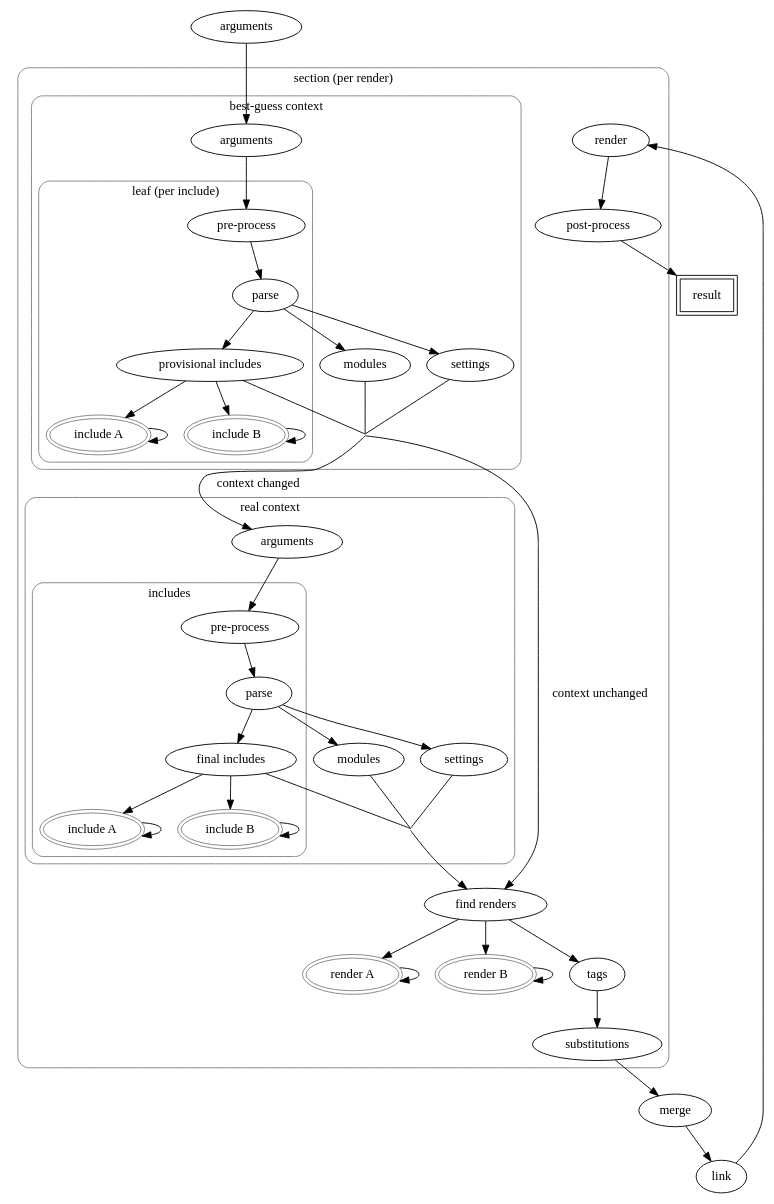
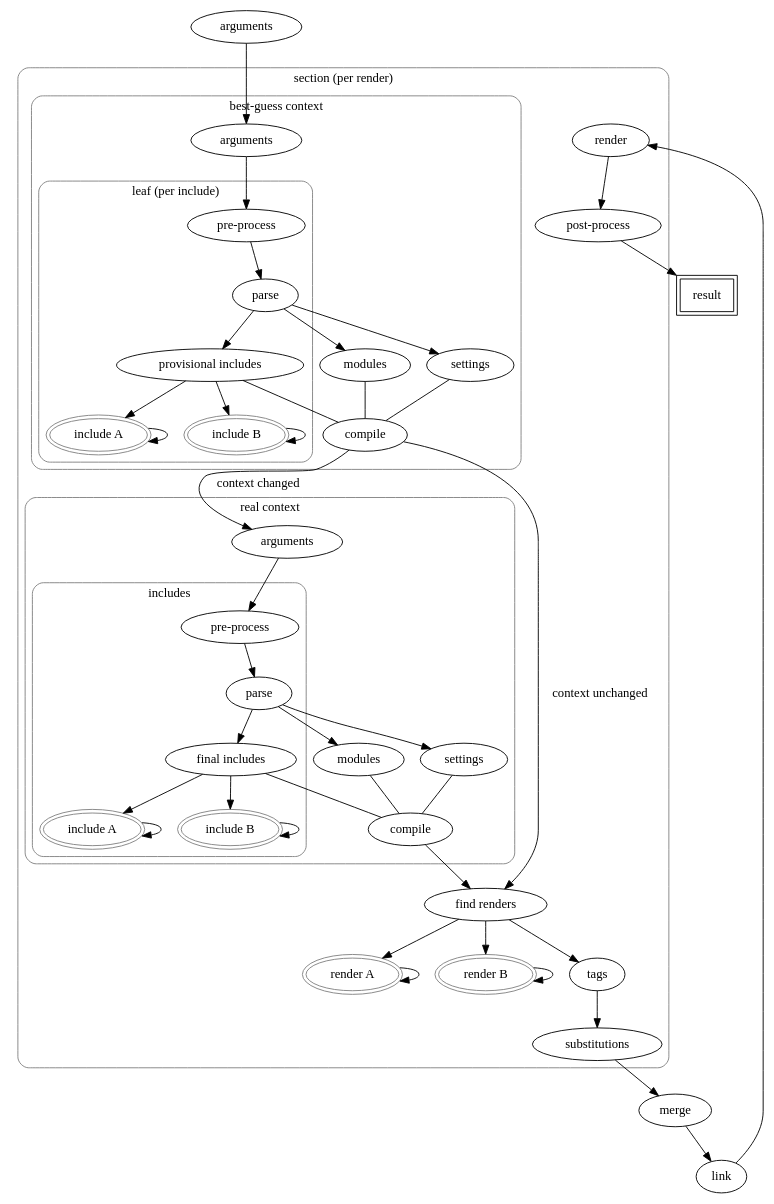
The diagram in doc/compile.rst (mverleg/notex_core), drawn with Graphviz before and after one commit. The commit also changed 11 other files, not shown here.

```diff
--- a/doc/compile.rst
+++ b/doc/compile.rst
@@ -10,81 +10,81 @@
 .. graphviz::
 
 	digraph compile {
 		subgraph cluster_per_render {
             label="section (per render)"
             graph[style=rounded,color=gray]
             subgraph cluster_provisional {
                 label="best-guess context"
                 graph[style="rounded",color="gray"]
                 "provisional arguments" [label="arguments"]
                 "provisional pre-process" [label="pre-process"]
                 "provisional parse" [label="parse"]
                 "provisional modules" [label="modules"]
                 "provisional settings" [label="settings"]
                 subgraph cluster_include_provisional {
                     label="leaf (per include)"
                     graph[style="rounded",color="gray"]
                     "provisional pre-process" -> "provisional parse" -> "provisional includes"
                     "provisional include A" [label="include A",peripheries=2,color=gray]
                     "provisional include B" [label="include B",peripheries=2,color=gray]
                     "provisional include A" -> "provisional include A" [arrowname=crow]
                     "provisional include B" -> "provisional include B" [arrowname=crow]
                     "provisional includes" -> "provisional include A" [arrowname=crow]
                     "provisional includes" -> "provisional include B" [arrowname=crow]
                 }
                 "provisional arguments" -> "provisional pre-process"
                 "provisional parse" -> "provisional modules"
                 "provisional parse" -> "provisional settings"
-                "provisional out" [style=invis,height=0,label=""]
-                "provisional includes" -> "provisional out" [dir=none]
-                "provisional modules"  -> "provisional out" [dir=none]
-                "provisional settings" -> "provisional out" [dir=none]
+                "provisional compile" [label="compile"]
+                "provisional includes" -> "provisional compile" [dir=none]
+                "provisional modules"  -> "provisional compile" [dir=none]
+                "provisional settings" -> "provisional compile" [dir=none]
             }
             subgraph cluster_final {
                 label="real context"
                 graph[style="rounded",color="gray"]
                 "final arguments" [label="arguments"]
                 "final pre-process" [label="pre-process"]
                 "final parse" [label="parse"]
                 "final modules" [label="modules"]
                 "final settings" [label="settings"]
                 subgraph cluster_include_final {
                     label="includes"
                     graph[style="rounded",color="gray"]
                     "final pre-process" -> "final parse" -> "final includes"
                     "final include A" [label="include A",peripheries=2,color=gray]
                     "final include B" [label="include B",peripheries=2,color=gray]
                     "final include A" -> "final include A" [arrowname=crow]
                     "final include B" -> "final include B" [arrowname=crow]
                     "final includes" -> "final include A" [arrowname=crow]
                     "final includes" -> "final include B" [arrowname=crow]
                 }
                 "final arguments" -> "final pre-process"
                 "final parse" -> "final modules"
                 "final parse" -> "final settings"
-                "final out" [style=invis,height=0,label=""]
-                "final includes" -> "final out" [dir=none]
-                "final modules"  -> "final out" [dir=none]
-                "final settings" -> "final out" [dir=none]
+                "final compile" [label="compile"]
+                "final includes" -> "final compile" [dir=none]
+                "final modules"  -> "final compile" [dir=none]
+                "final settings" -> "final compile" [dir=none]
             }
-            "provisional out" -> "final arguments" [label="context changed"]
-            "provisional out" -> "find renders" [label="context unchanged"]
-            "final out" -> "find renders"
+            "provisional compile" -> "final arguments" [label="context changed"]
+            "provisional compile" -> "find renders" [label="context unchanged"]
+            "final compile" -> "find renders"
             "render A" [peripheries=2,color=gray]
             "render B" [peripheries=2,color=gray]
             "find renders" -> "render A" [arrowname=crow]
             "find renders" -> "render B" [arrowname=crow]
             "render A" -> "render A" [arrowname=crow]
             "render B" -> "render B" [arrowname=crow]
             "find renders" -> "tags"
             "tags" -> "substitutions"
             "render" -> "post-process"
 		}
 		"merge"
 		"link"
 		"result" [peripheries=2,shape=rounded]
 		"substitutions" -> "merge" -> "link" -> "render"
 		"post-process" -> "result"
         "initial arguments" [label="arguments"]
         "initial arguments" -> "provisional arguments"
 	}
```
